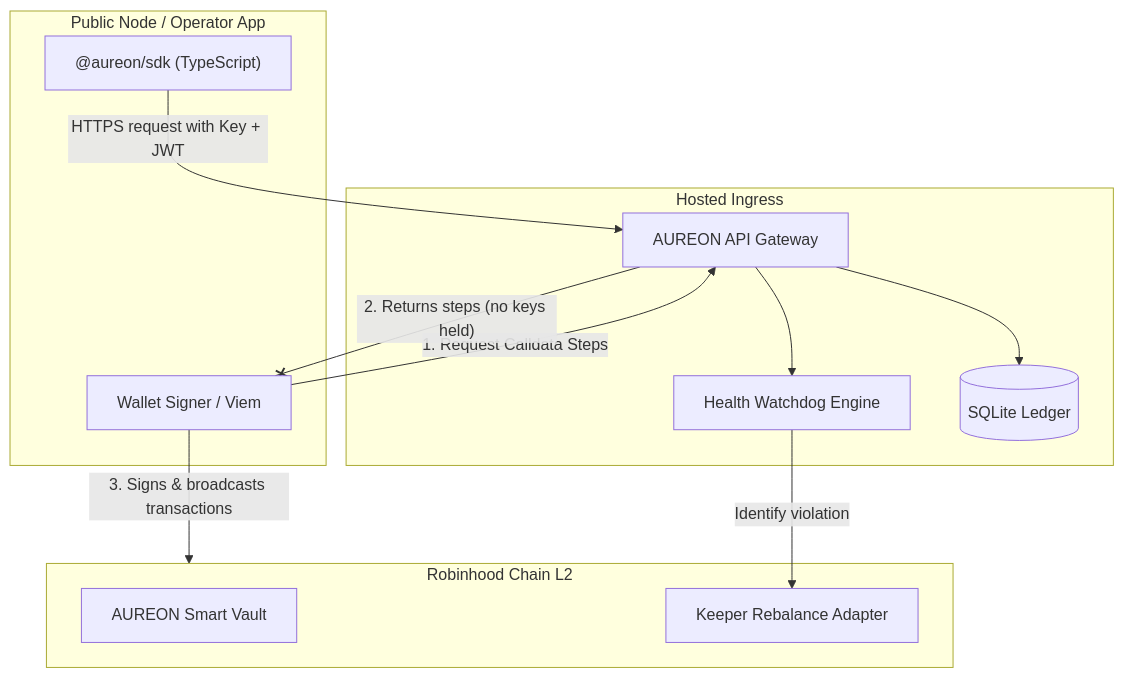
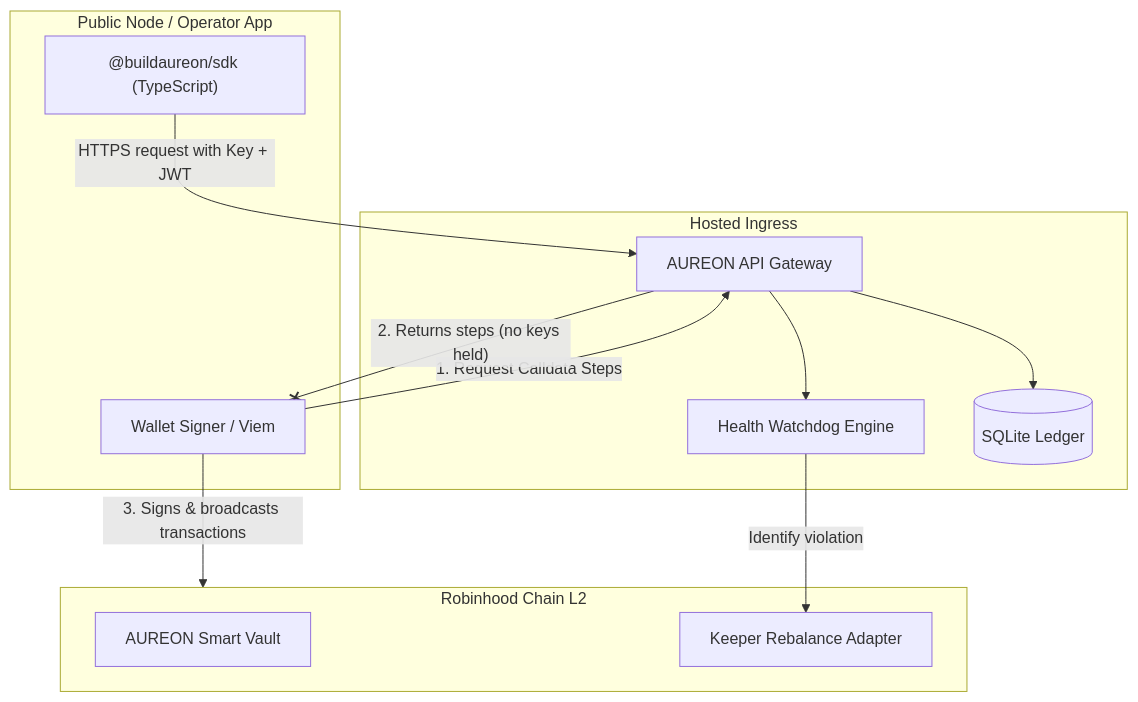
The first of 3 diagrams in README.md (buildaureon/aureon-sdk), drawn with Mermaid before and after one commit. The commit also changed other lines of this file and 23 other files, not shown here.

Commit message:
chore: rename npm package to @buildaureon/sdk

````diff
--- a/README.md
+++ b/README.md
@@ -76,24 +76,24 @@
 ```mermaid
 flowchart TD
   subgraph Public [Public Node / Operator App]
-    SDK["@aureon/sdk (TypeScript)"]
+    SDK["@buildaureon/sdk (TypeScript)"]
     Signer[Wallet Signer / Viem]
   end
   subgraph Cloud [Hosted Ingress]
     API[AUREON API Gateway]
     Watchdog[Health Watchdog Engine]
     DB[(SQLite Ledger)]
   end
   subgraph EVM [Robinhood Chain L2]
     Vault[AUREON Smart Vault]
     Keeper[Keeper Rebalance Adapter]
   end
 
   SDK -->|"HTTPS request with Key + JWT"| API
   API --> Watchdog
   API --> DB
   Watchdog -->|"Identify violation"| Keeper
   Signer -->|"1. Request Calldata Steps"| API
   API --x|"2. Returns steps (no keys held)"| Signer
   Signer -->|"3. Signs & broadcasts transactions"| EVM
 ```
````
